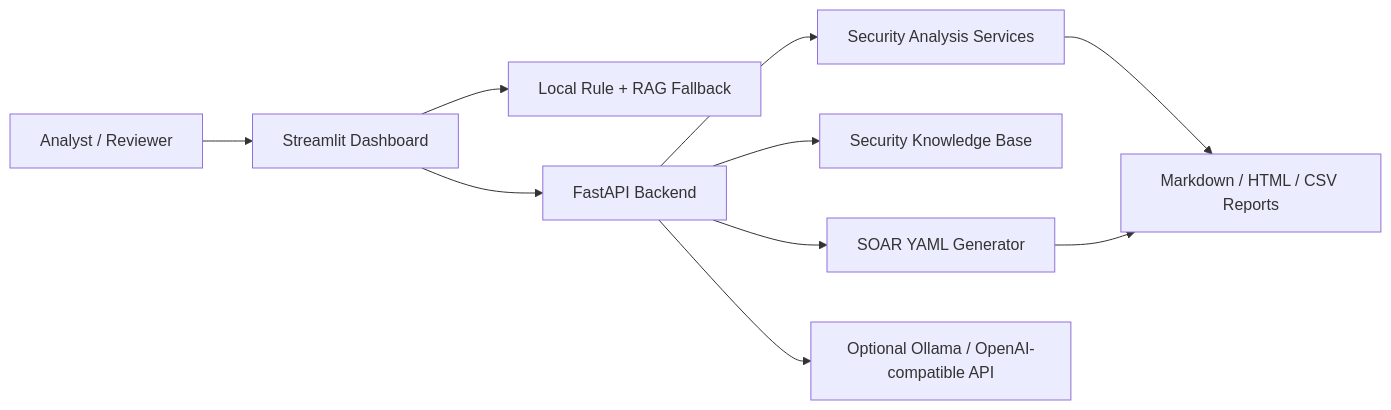
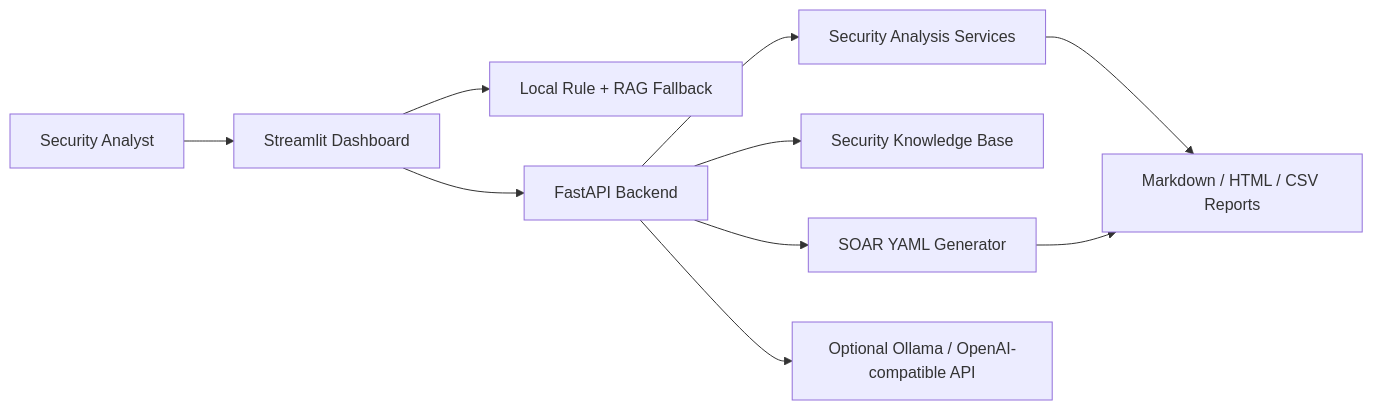
One commit to che626/security-llm-platform changed the diagram in README.md. Above: the diagram before and after it, drawn with Mermaid. The commit also changed other lines of this file and 10 other files, not shown here.

````diff
--- a/README.md
+++ b/README.md
@@ -50,12 +46,12 @@
 ```mermaid
 flowchart LR
-    User[Analyst / Reviewer] --> UI[Streamlit Dashboard]
+    User[Security Analyst] --> UI[Streamlit Dashboard]
     UI --> Local[Local Rule + RAG Fallback]
     UI --> API[FastAPI Backend]
     API --> Analyze[Security Analysis Services]
     API --> RAG[Security Knowledge Base]
     API --> SOAR[SOAR YAML Generator]
     API --> Model[Optional Ollama / OpenAI-compatible API]
     Analyze --> Report[Markdown / HTML / CSV Reports]
     SOAR --> Report
 ```
````
